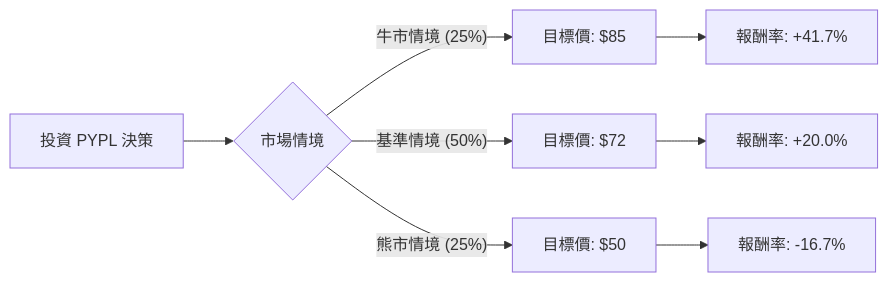
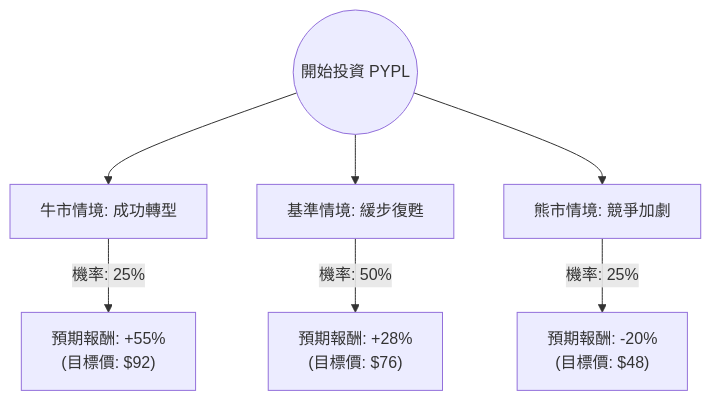
Before and after one commit to zmcx16/zmcx16.github.io: the diagram in plugin-react/ai-analysis/ev-analysis/PYPL.md, drawn with Mermaid. The commit also changed other lines of this file and 81 other files, not shown here.

````diff
--- a/plugin-react/ai-analysis/ev-analysis/PYPL.md
+++ b/plugin-react/ai-analysis/ev-analysis/PYPL.md
@@ -17,12 +20,10 @@
 ```mermaid
-graph LR
-    A[投資 PYPL 決策] --> B{市場情境}
-    
-    B -- 牛市情境 (25%) --> C[目標價: $85]
-    B -- 基準情境 (50%) --> D[目標價: $72]
-    B -- 熊市情境 (25%) --> E[目標價: $50]
+graph TD
+    Start((開始投資 PYPL)) --> Bull[牛市情境: 成功轉型]
+    Start --> Base[基準情境: 緩步復甦]
+    Start --> Bear[熊市情境: 競爭加劇]
 
-    C --> C1[報酬率: +41.7%]
-    D --> D1[報酬率: +20.0%]
-    E --> E1[報酬率: -16.7%]
+    Bull -- "機率: 25%" --> Bull_EV["預期報酬: +55% <br> (目標價: $92)"]
+    Base -- "機率: 50%" --> Base_EV["預期報酬: +28% <br> (目標價: $76)"]
+    Bear -- "機率: 25%" --> Bear_EV["預期報酬: -20% <br> (目標價: $48)"]
 ```
````
